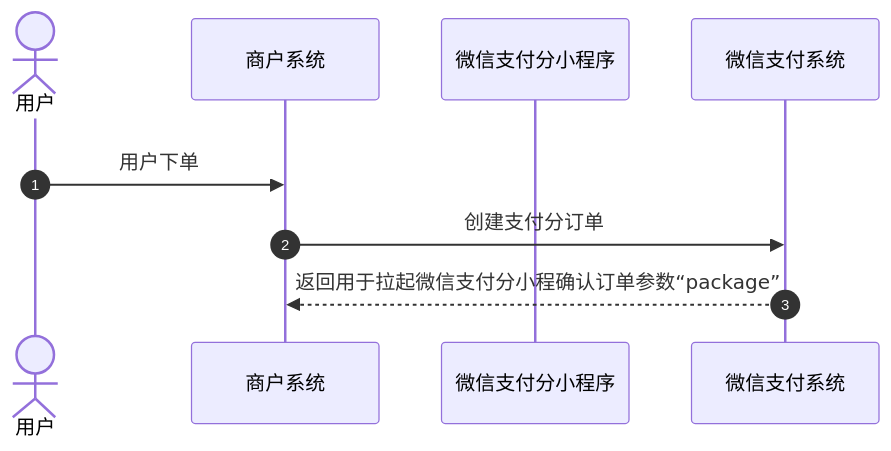
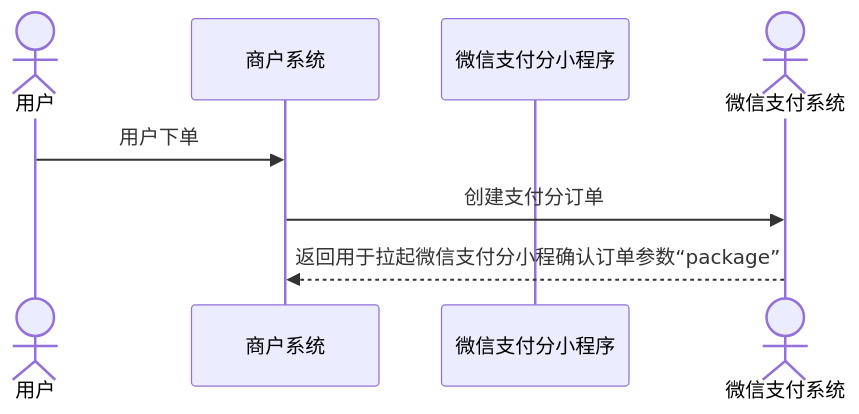
Before and after one commit to minibear2021/wechatpay_docs: the second of 6 diagrams in docs/merchant/pages/4012587166.md, drawn with Mermaid. The commit also changed other lines of this file and 35 other files, not shown here.

````diff
--- a/docs/merchant/pages/4012587166.md
+++ b/docs/merchant/pages/4012587166.md
@@ -50,14 +67,12 @@
 ```mermaid
 sequenceDiagram
-    rect rgb(255,255,255)
-        autonumber
+
         actor User as 用户
         participant Mch as 商户系统
         participant WxPay as 微信支付分小程序
-        participant WxPay2 as 微信支付系统
+        participant WxPay2@{ type: actor, xwattType: secondaryActor } as 微信支付系统
 
         User->>Mch: 用户下单
         Mch->>WxPay2: 创建支付分订单
         WxPay2-->>Mch: 返回用于拉起微信支付分小程确认订单参数“package”
-    end
 ```
````
